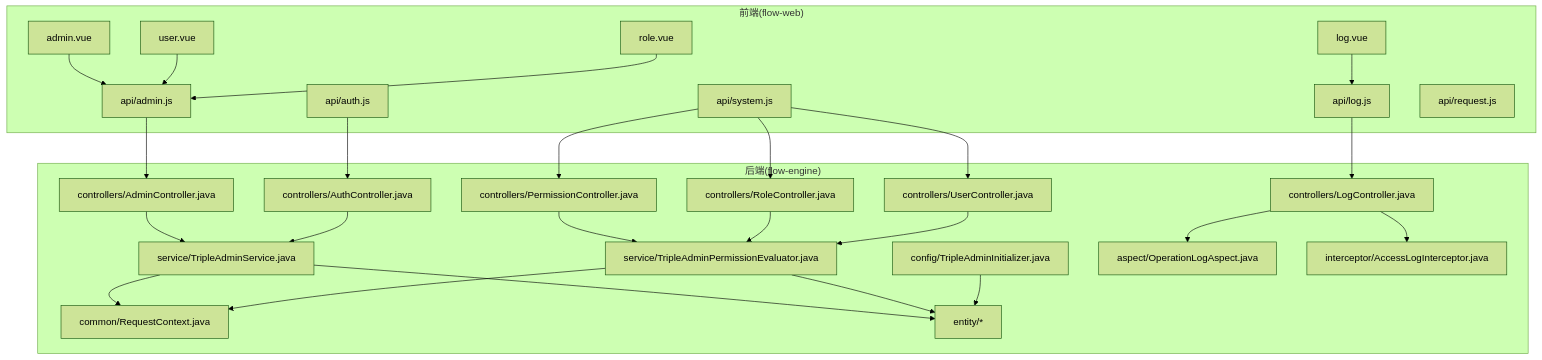
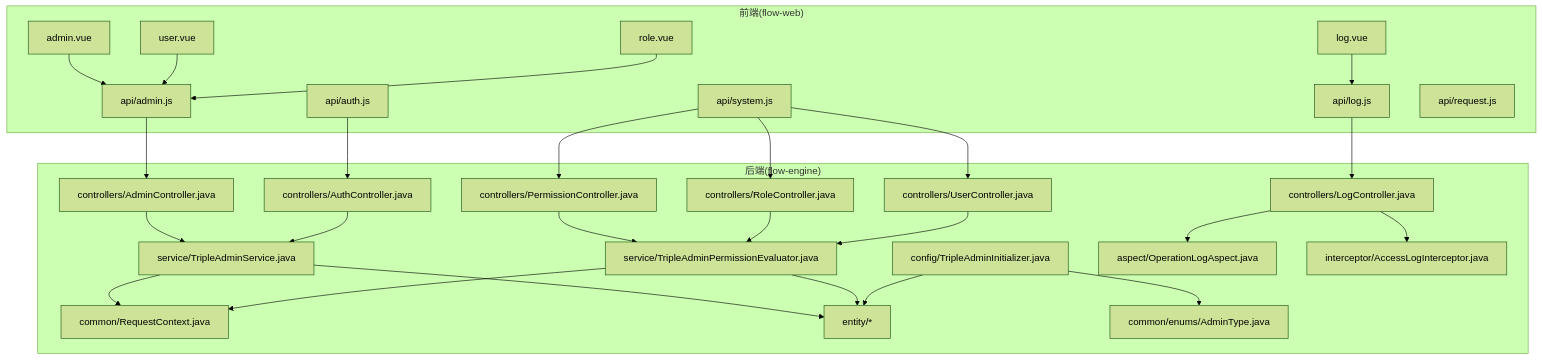
The first of 6 diagrams in .qoder/repowiki/zh/content/权限控制系统/三员管理体系.md (liming-lihaini/workflow), drawn with Mermaid (forest theme) before and after one commit. The commit also changed other lines of this file and 46 other files, not shown here.

````diff
--- a/.qoder/repowiki/zh/content/权限控制系统/三员管理体系.md
+++ b/.qoder/repowiki/zh/content/权限控制系统/三员管理体系.md
@@ -68,51 +77,53 @@
 ```mermaid
 graph TB
 subgraph "前端(flow-web)"
 A["admin.vue"]
 B["user.vue"]
 C["role.vue"]
 D["log.vue"]
 E["api/admin.js"]
 F["api/auth.js"]
 G["api/system.js"]
 H["api/log.js"]
 I["api/request.js"]
 end
 subgraph "后端(flow-engine)"
 J["controllers/AdminController.java"]
 K["controllers/AuthController.java"]
 L["controllers/PermissionController.java"]
 M["controllers/RoleController.java"]
 N["controllers/UserController.java"]
 O["controllers/LogController.java"]
 P["service/TripleAdminService.java"]
 Q["service/TripleAdminPermissionEvaluator.java"]
 R["config/TripleAdminInitializer.java"]
 S["aspect/OperationLogAspect.java"]
 T["interceptor/AccessLogInterceptor.java"]
 U["common/RequestContext.java"]
 V["entity/*"]
+W["common/enums/AdminType.java"]
 end
 A --> E
 B --> E
 C --> E
 D --> H
 E --> J
 F --> K
 G --> L
 G --> M
 G --> N
 H --> O
 J --> P
 K --> P
 L --> Q
 M --> Q
 N --> Q
 O --> S
 O --> T
 P --> U
 Q --> U
 P --> V
 Q --> V
 R --> V
+R --> W
 ```
````
